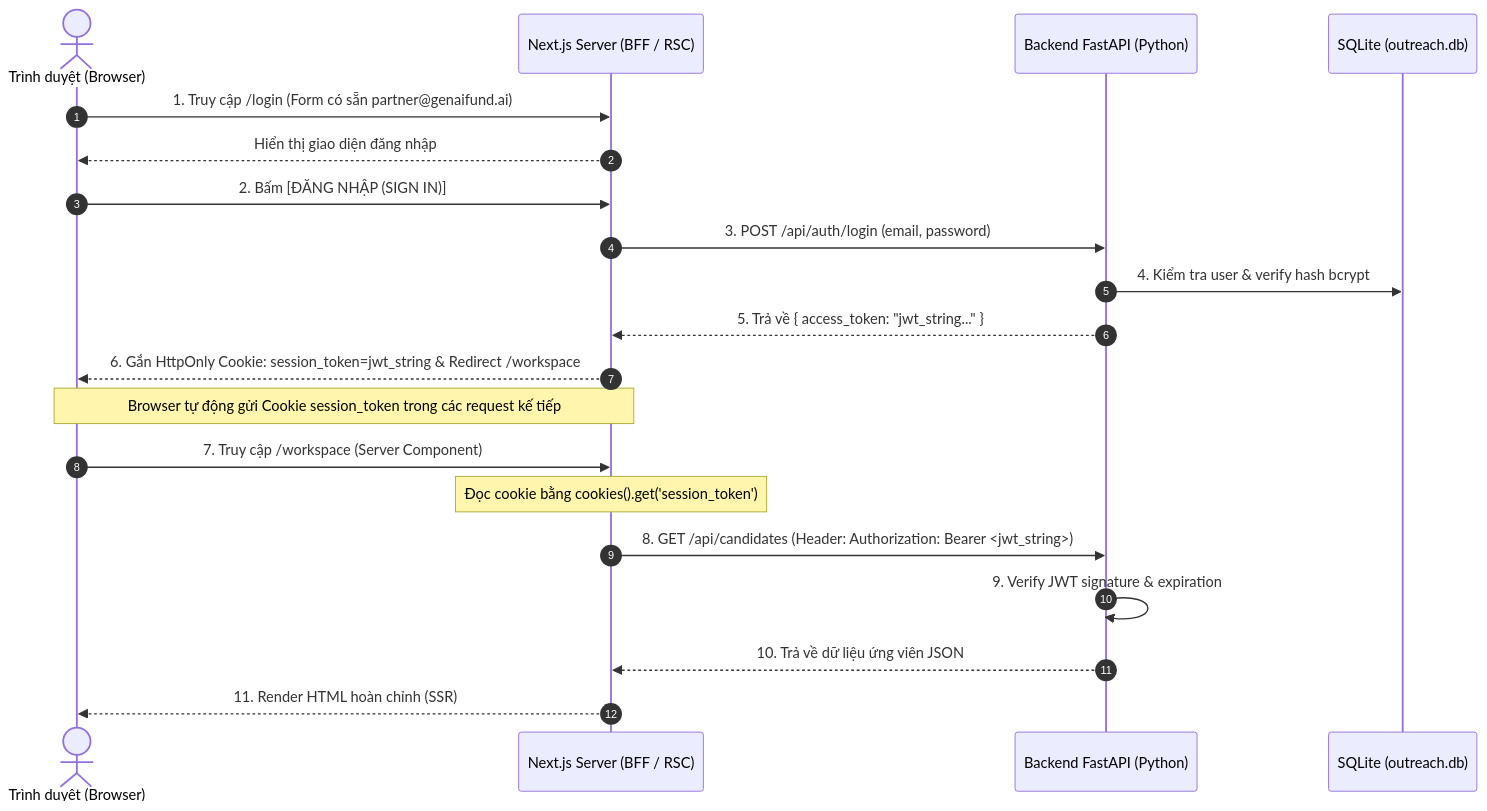
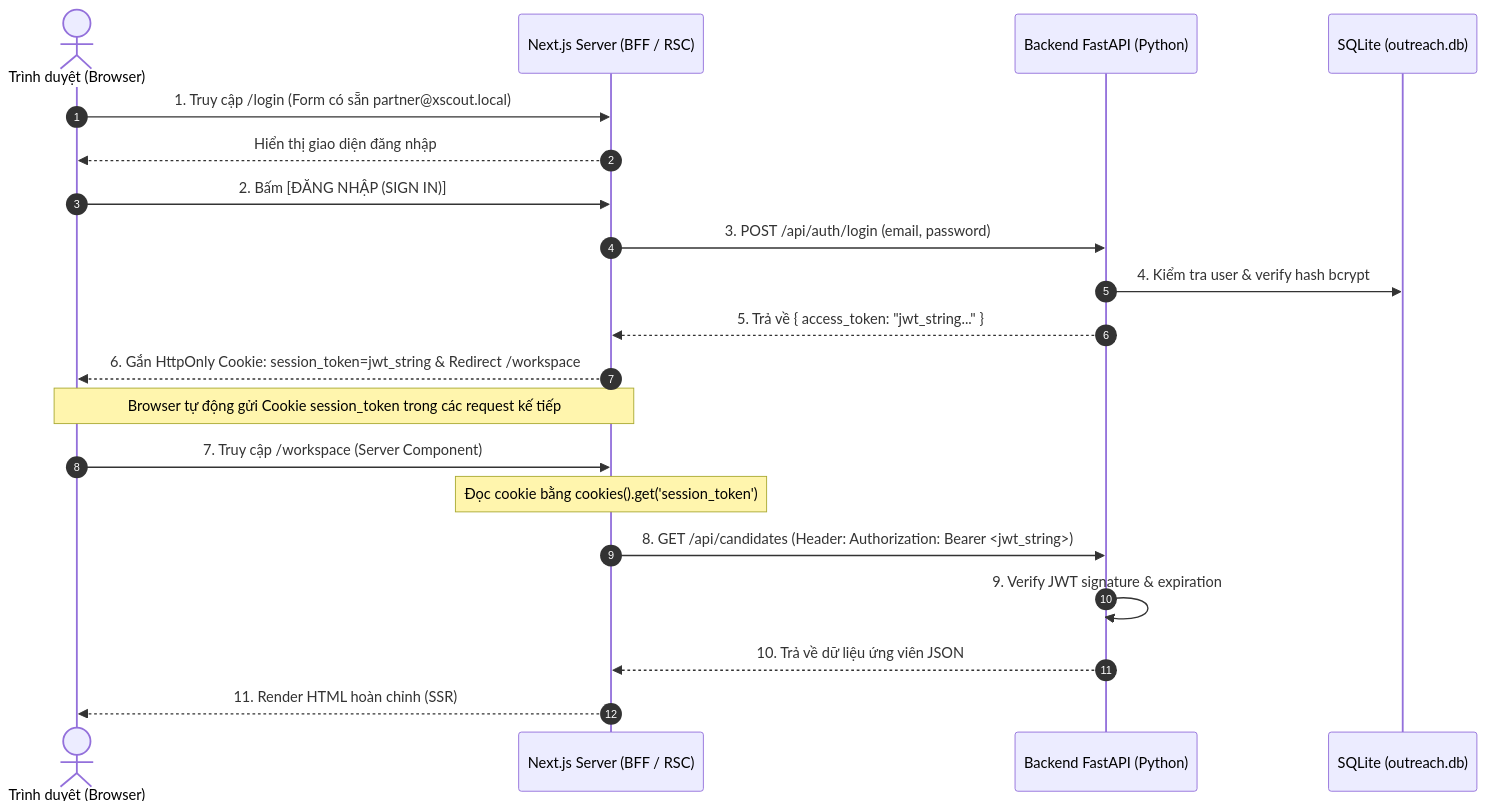
One commit to ngotiendat3455/Assignment-FDE changed the second of 2 diagrams in context/features/03-auth-and-security.md. Above: the diagram before and after it, drawn with Mermaid. The commit also changed other lines of this file and 15 other files, not shown here.

````diff
--- a/context/features/03-auth-and-security.md
+++ b/context/features/03-auth-and-security.md
@@ -95,25 +95,25 @@
 ```mermaid
 sequenceDiagram
     autonumber
     actor User as Trình duyệt (Browser)
     participant NextServer as Next.js Server (BFF / RSC)
     participant FastAPI as Backend FastAPI (Python)
     participant DB as SQLite (outreach.db)
 
-    User->>NextServer: 1. Truy cập /login (Form có sẵn partner@genaifund.ai)
+    User->>NextServer: 1. Truy cập /login (Form có sẵn partner@xscout.local)
     NextServer-->>User: Hiển thị giao diện đăng nhập
     User->>NextServer: 2. Bấm [ĐĂNG NHẬP (SIGN IN)]
     NextServer->>FastAPI: 3. POST /api/auth/login (email, password)
     FastAPI->>DB: 4. Kiểm tra user & verify hash bcrypt
     FastAPI-->>NextServer: 5. Trả về { access_token: "jwt_string..." }
     NextServer-->>User: 6. Gắn HttpOnly Cookie: session_token=jwt_string & Redirect /workspace
 
     Note over User,NextServer: Browser tự động gửi Cookie session_token trong các request kế tiếp
 
     User->>NextServer: 7. Truy cập /workspace (Server Component)
     Note over NextServer: Đọc cookie bằng cookies().get('session_token')
     NextServer->>FastAPI: 8. GET /api/candidates (Header: Authorization: Bearer <jwt_string>)
     FastAPI->>FastAPI: 9. Verify JWT signature & expiration
     FastAPI-->>NextServer: 10. Trả về dữ liệu ứng viên JSON
     NextServer-->>User: 11. Render HTML hoàn chỉnh (SSR)
 ```
````
